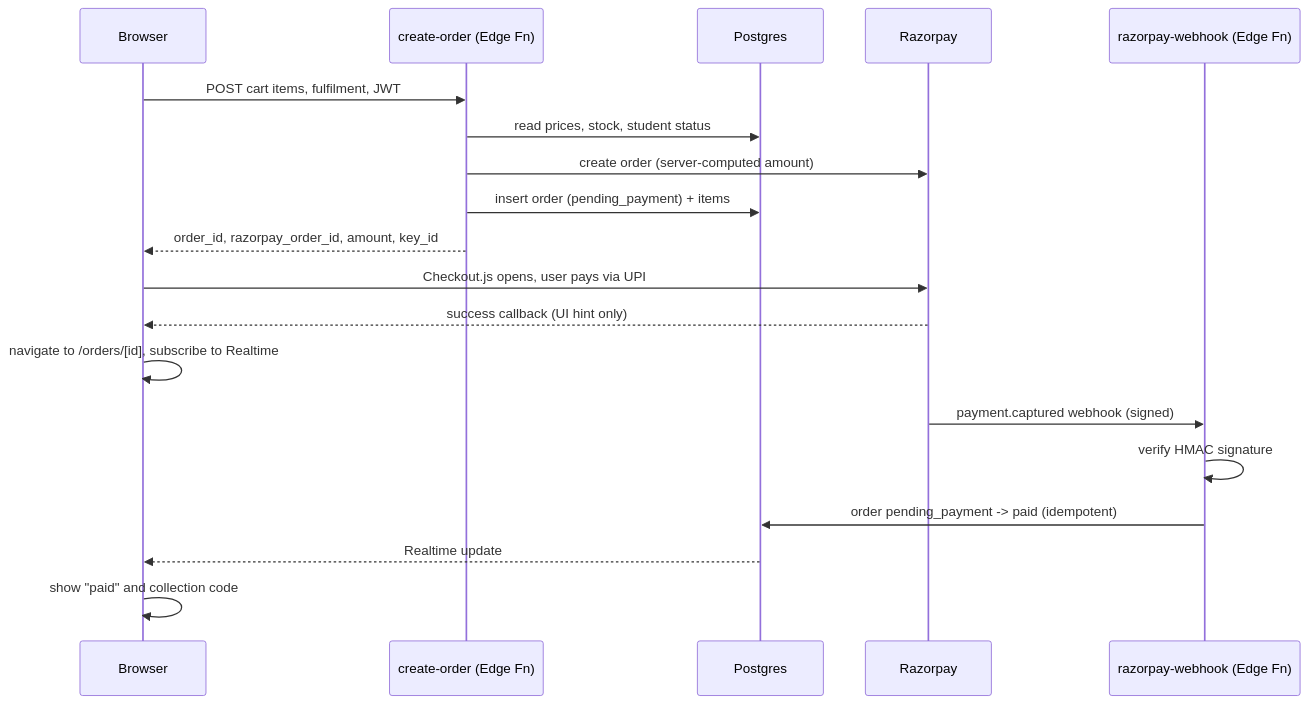
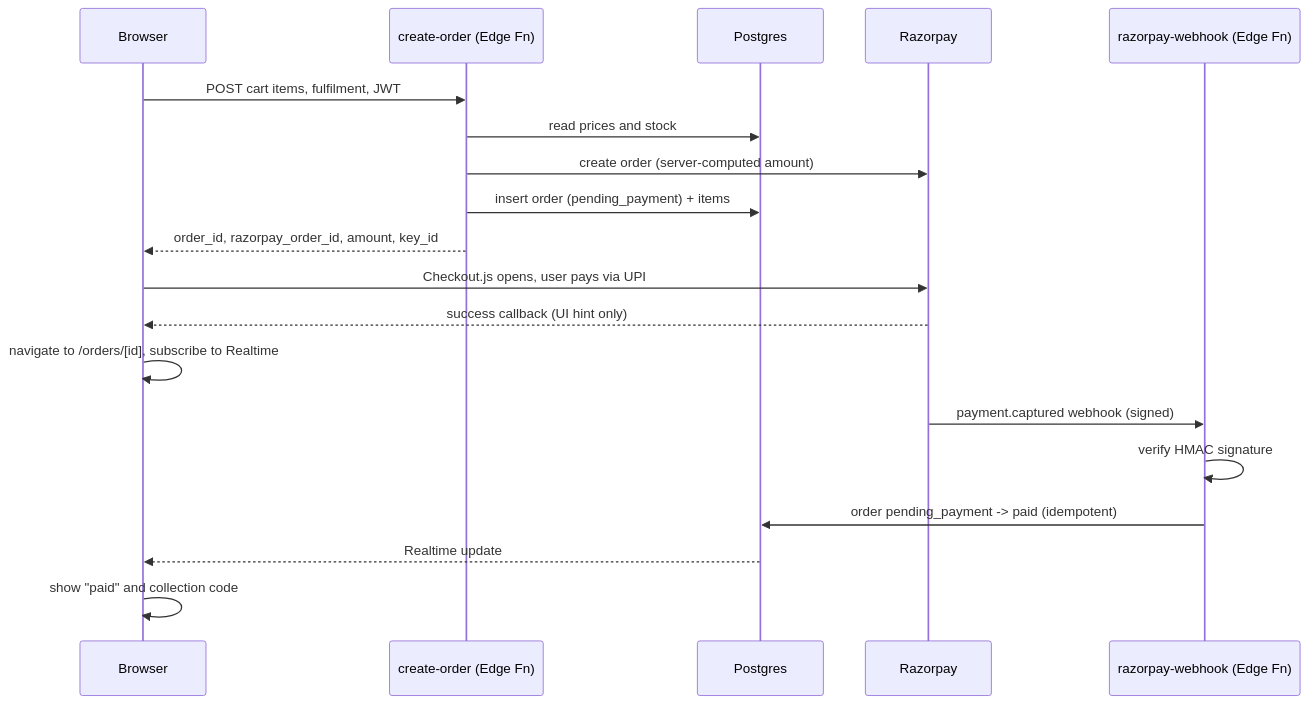
One commit to AkashSundaramoorthi/supermarket-app changed the second of 2 diagrams in docs/ARCHITECTURE.md. Above: the diagram before and after it, drawn with Mermaid. The commit also changed other lines of this file and 18 other files, not shown here.

````diff
--- a/docs/ARCHITECTURE.md
+++ b/docs/ARCHITECTURE.md
@@ -52,22 +52,22 @@
 ```mermaid
 sequenceDiagram
   participant B as Browser
   participant CO as create-order (Edge Fn)
   participant DB as Postgres
   participant RZ as Razorpay
   participant WH as razorpay-webhook (Edge Fn)
 
   B->>CO: POST cart items, fulfilment, JWT
-  CO->>DB: read prices, stock, student status
+  CO->>DB: read prices and stock
   CO->>RZ: create order (server-computed amount)
   CO->>DB: insert order (pending_payment) + items
   CO-->>B: order_id, razorpay_order_id, amount, key_id
   B->>RZ: Checkout.js opens, user pays via UPI
   RZ-->>B: success callback (UI hint only)
   B->>B: navigate to /orders/[id], subscribe to Realtime
   RZ->>WH: payment.captured webhook (signed)
   WH->>WH: verify HMAC signature
   WH->>DB: order pending_payment -> paid (idempotent)
   DB-->>B: Realtime update
   B->>B: show "paid" and collection code
 ```
````
